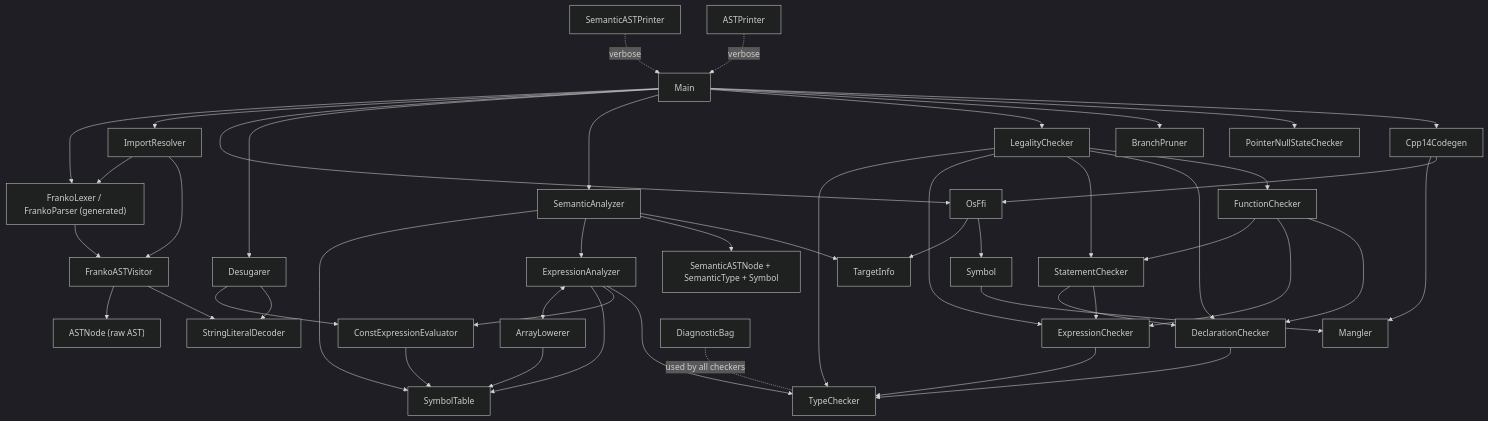
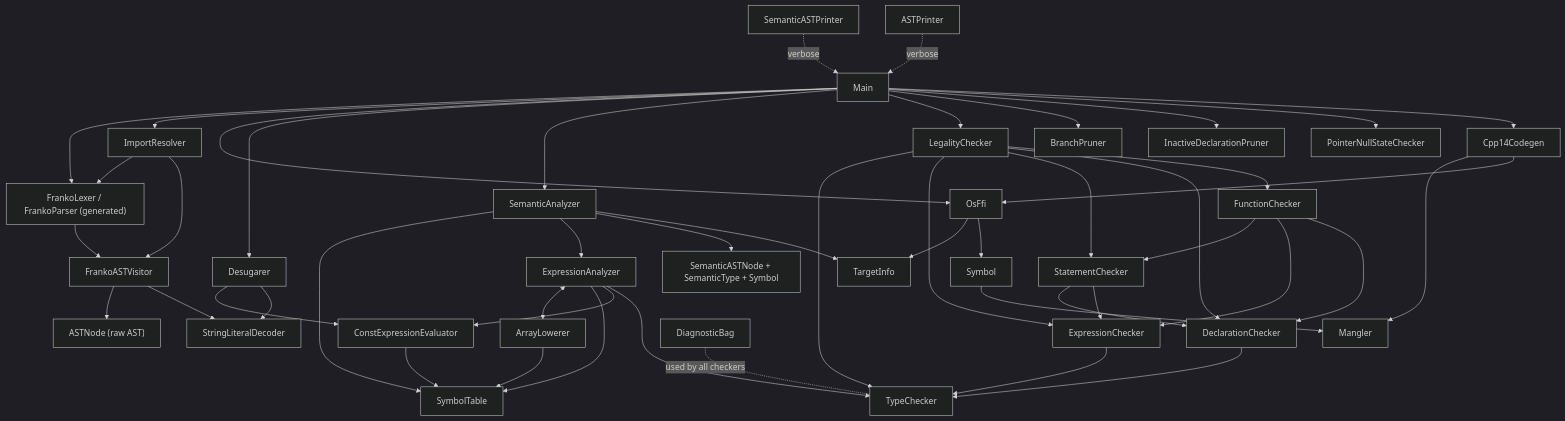
Before and after one commit to titusng0110/franko: the diagram in compiler_docs.md, drawn with Mermaid (dark theme). The commit also changed other lines of this file and 2 other files, not shown here.

Commit message:
add inactive declaration pruning

````diff
--- a/compiler_docs.md
+++ b/compiler_docs.md
@@ -75,49 +78,50 @@
 ```mermaid
 flowchart TD
     Main --> FrankoLexer["FrankoLexer / FrankoParser (generated)"]
     FrankoLexer --> FrankoASTVisitor
     FrankoASTVisitor --> ASTNode["ASTNode (raw AST)"]
     Main --> ImportResolver
     ImportResolver --> FrankoLexer
     ImportResolver --> FrankoASTVisitor
     Main --> OsFfi
     Main --> Desugarer
     Main --> SemanticAnalyzer
     SemanticAnalyzer --> SymbolTable
     SemanticAnalyzer --> ExpressionAnalyzer
     ExpressionAnalyzer <--> ArrayLowerer
     ExpressionAnalyzer --> SymbolTable
     ExpressionAnalyzer --> ConstExpressionEvaluator
     ExpressionAnalyzer --> TypeChecker
     ArrayLowerer --> SymbolTable
     ConstExpressionEvaluator --> SymbolTable
     SemanticAnalyzer --> SemanticASTNode["SemanticASTNode + SemanticType + Symbol"]
     Main --> LegalityChecker
     LegalityChecker --> TypeChecker
     LegalityChecker --> ExpressionChecker
     LegalityChecker --> StatementChecker
     LegalityChecker --> DeclarationChecker
     LegalityChecker --> FunctionChecker
     FunctionChecker --> StatementChecker
     FunctionChecker --> ExpressionChecker
     FunctionChecker --> DeclarationChecker
     StatementChecker --> DeclarationChecker
     StatementChecker --> ExpressionChecker
     ExpressionChecker --> TypeChecker
     DeclarationChecker --> TypeChecker
     Main --> BranchPruner
+    Main --> InactiveDeclarationPruner
     Main --> PointerNullStateChecker
     Main --> Cpp14Codegen
     Cpp14Codegen --> Mangler
     Cpp14Codegen --> OsFfi
     OsFfi --> TargetInfo
     OsFfi --> Symbol
     Symbol --> Mangler
     SemanticAnalyzer --> TargetInfo
     Desugarer --> ConstExpressionEvaluator
     Desugarer --> StringLiteralDecoder
     FrankoASTVisitor --> StringLiteralDecoder
     SemanticASTPrinter -. verbose .-> Main
     ASTPrinter -. verbose .-> Main
     DiagnosticBag -. used by all checkers .- TypeChecker
 ```
````
